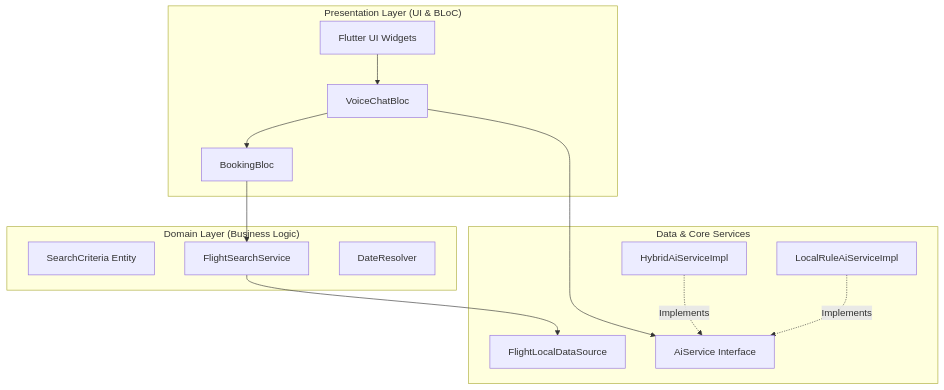
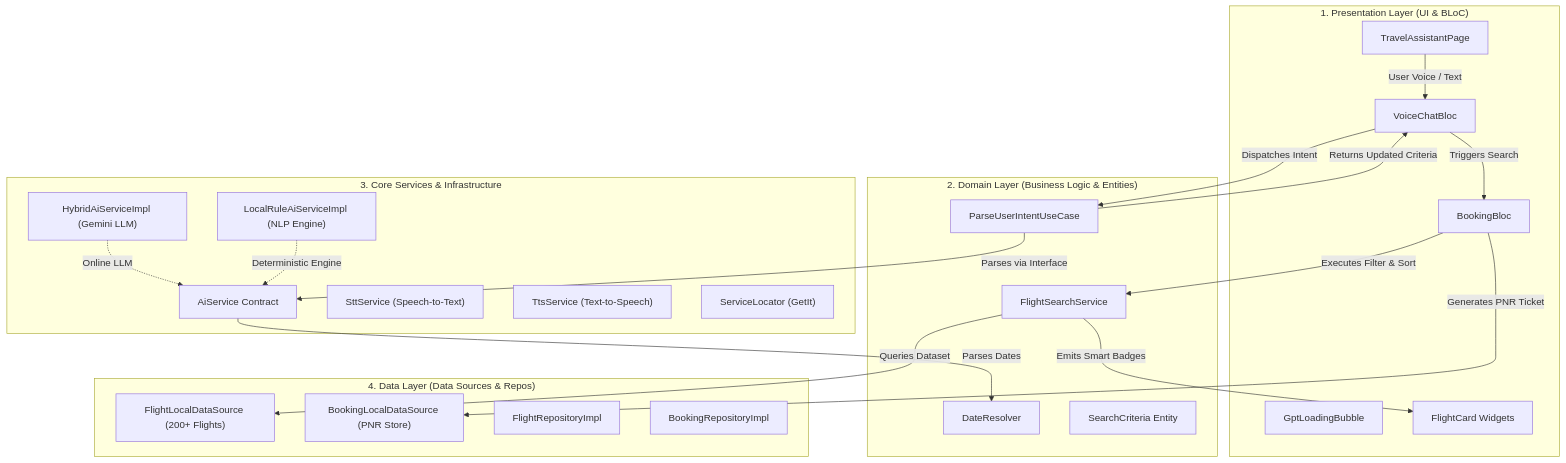
The diagram in index.md (aavvvacado/Ai-travel-booking-assistance), drawn with Mermaid before and after one commit. The commit also changed other lines of this file and 2 other files, not shown here.

````diff
--- a/index.md
+++ b/index.md
@@ -28,29 +65,46 @@
 ```mermaid
 graph TD
-    subgraph Presentation ["Presentation Layer (UI & BLoC)"]
-        UI["Flutter UI Widgets"]
+    subgraph UI ["1. Presentation Layer (UI & BLoC)"]
+        TAP["TravelAssistantPage"]
         VCB["VoiceChatBloc"]
         BB["BookingBloc"]
+        GLB["GptLoadingBubble"]
+        FC["FlightCard Widgets"]
     end
 
-    subgraph Domain ["Domain Layer (Business Logic)"]
-        SC["SearchCriteria Entity"]
+    subgraph Domain ["2. Domain Layer (Business Logic & Entities)"]
+        PUC["ParseUserIntentUseCase"]
         FSS["FlightSearchService"]
         DR["DateResolver"]
+        SC["SearchCriteria Entity"]
     end
 
-    subgraph Core ["Data & Core Services"]
-        FDS["FlightLocalDataSource"]
-        AI["AiService Interface"]
-        Gemini["HybridAiServiceImpl"]
-        Local["LocalRuleAiServiceImpl"]
+    subgraph Core ["3. Core Services & Infrastructure"]
+        AI["AiService Contract"]
+        Gemini["HybridAiServiceImpl (Gemini LLM)"]
+        Local["LocalRuleAiServiceImpl (NLP Engine)"]
+        STT["SttService (Speech-to-Text)"]
+        TTS["TtsService (Text-to-Speech)"]
+        SL["ServiceLocator (GetIt)"]
     end
 
-    UI --> VCB
-    VCB --> AI
-    Gemini -.->|Implements| AI
-    Local -.->|Implements| AI
-    VCB --> BB
-    BB --> FSS
-    FSS --> FDS
+    subgraph Data ["4. Data Layer (Data Sources & Repos)"]
+        FDS["FlightLocalDataSource (200+ Flights)"]
+        BDS["BookingLocalDataSource (PNR Store)"]
+        FR["FlightRepositoryImpl"]
+        BR["BookingRepositoryImpl"]
+    end
+
+    TAP -->|User Voice / Text| VCB
+    VCB -->|Dispatches Intent| PUC
+    PUC -->|Parses via Interface| AI
+    Gemini -.->|Online LLM| AI
+    Local -.->|Deterministic Engine| AI
+    AI -->|Parses Dates| DR
+    PUC -->|Returns Updated Criteria| VCB
+    VCB -->|Triggers Search| BB
+    BB -->|Executes Filter & Sort| FSS
+    FSS -->|Queries Dataset| FDS
+    FSS -->|Emits Smart Badges| FC
+    BB -->|Generates PNR Ticket| BDS
 ```
````
